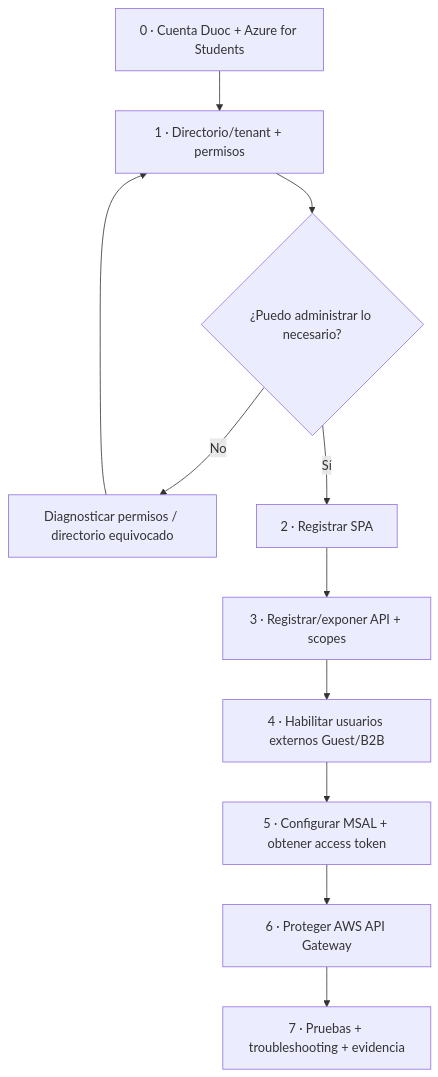
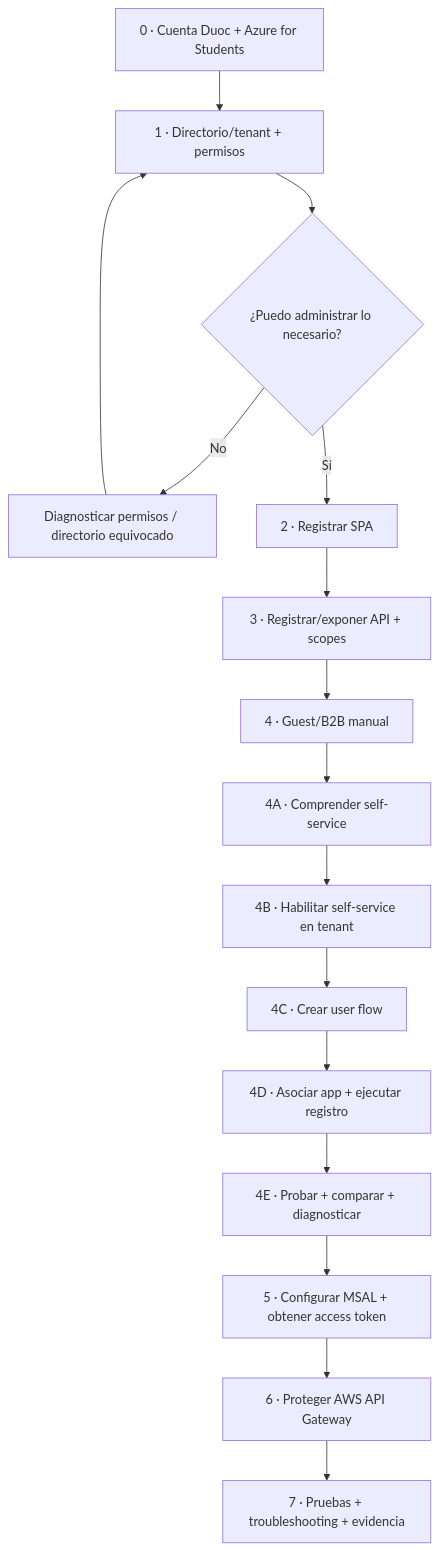
Before and after one commit to cmartinezs/DSY1107-DESARROLLO-CLOUD-NATIVE-I-2026-2: the first of 2 diagrams in docs/identity/entra-guia-completa/README.md, drawn with Mermaid. The commit also changed other lines of this file, not shown here.

Commit message:
docs(dsy1107): add staged self-service sign-up path to Entra guide

````diff
--- a/docs/identity/entra-guia-completa/README.md
+++ b/docs/identity/entra-guia-completa/README.md
@@ -11,13 +11,18 @@
 ```mermaid
 flowchart TD
     A[0 · Cuenta Duoc + Azure for Students] --> B[1 · Directorio/tenant + permisos]
     B --> C{¿Puedo administrar lo necesario?}
     C -- No --> FIX[Diagnosticar permisos / directorio equivocado]
     FIX --> B
     C -- Sí --> D[2 · Registrar SPA]
     D --> E[3 · Registrar/exponer API + scopes]
-    E --> F[4 · Habilitar usuarios externos Guest/B2B]
-    F --> G[5 · Configurar MSAL + obtener access token]
+    E --> F[4 · Guest/B2B manual]
+    F --> A1[4A · Comprender self-service]
+    A1 --> A2[4B · Habilitar self-service en tenant]
+    A2 --> A3[4C · Crear user flow]
+    A3 --> A4[4D · Asociar app + ejecutar registro]
+    A4 --> A5[4E · Probar + comparar + diagnosticar]
+    A5 --> G[5 · Configurar MSAL + obtener access token]
     G --> H[6 · Proteger AWS API Gateway]
     H --> I[7 · Pruebas + troubleshooting + evidencia]
 ```
````
